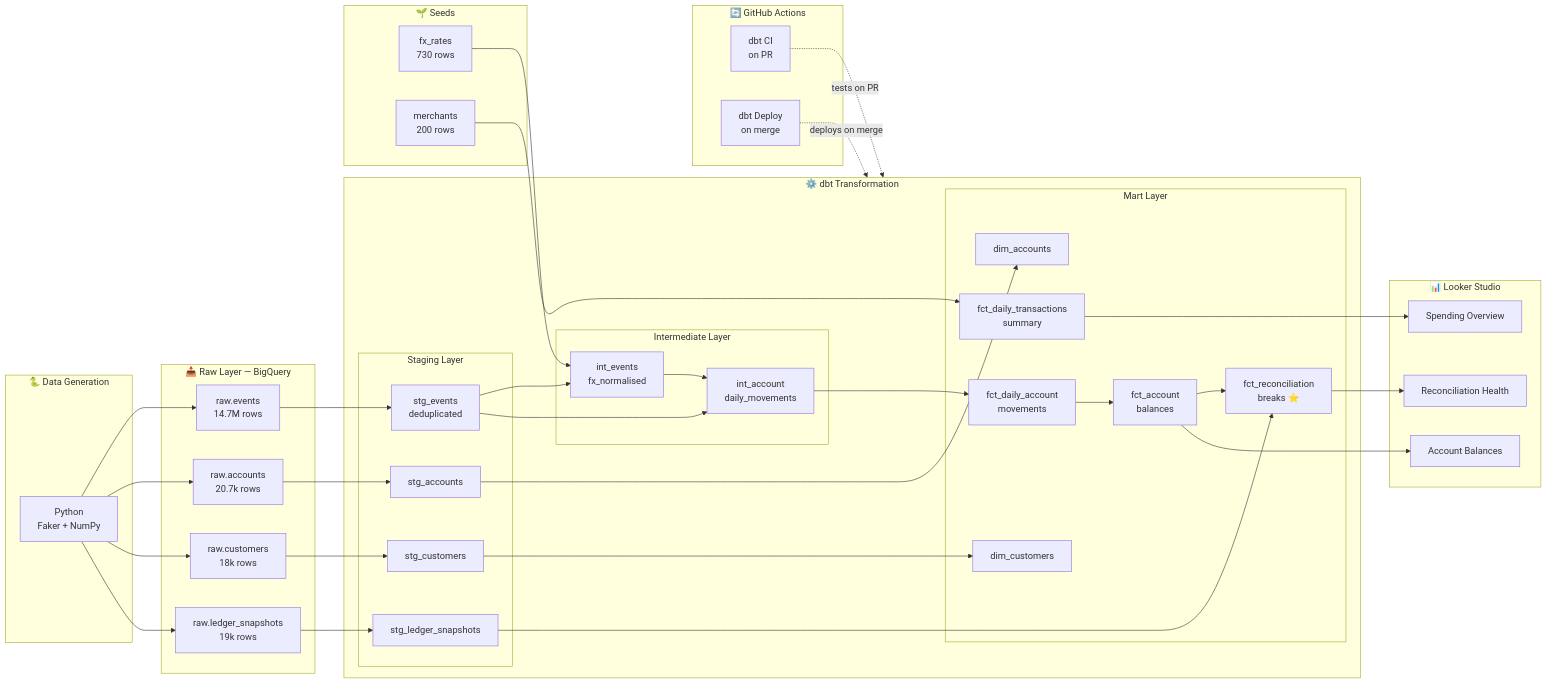
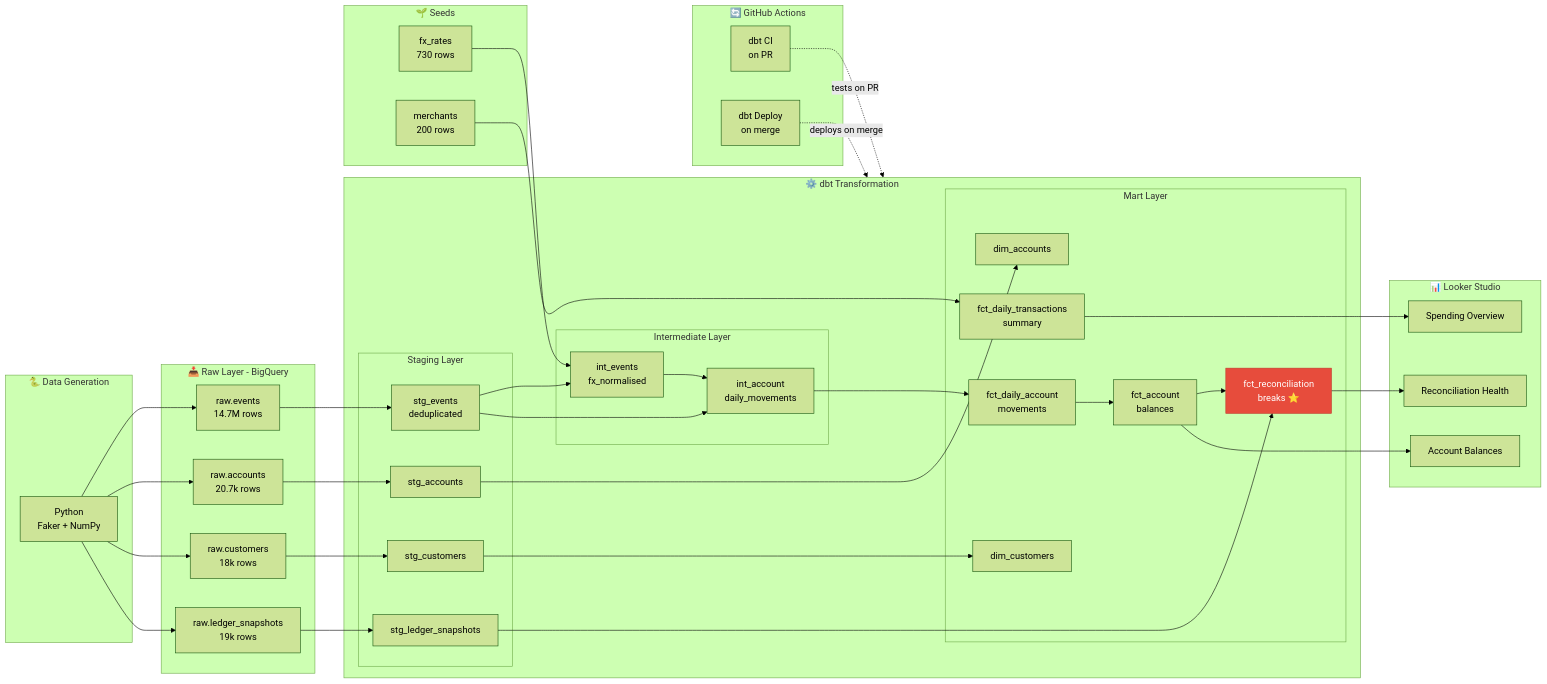
The diagram in README.md (sachin14596/fenzo-bank), drawn with Mermaid before and after one commit.

Commit message:
docs: add forest theme and highlight reconciliation mart

````diff
--- a/README.md
+++ b/README.md
@@ -17,74 +17,77 @@
 ```mermaid
+%%{init: {'theme': 'forest'}}%%
 flowchart LR
     subgraph Generation["🐍 Data Generation"]
         PY[Python\nFaker + NumPy]
     end
 
-    subgraph Raw["📥 Raw Layer — BigQuery"]
+    subgraph Raw["📥 Raw Layer - BigQuery"]
         R1[raw.events\n14.7M rows]
         R2[raw.accounts\n20.7k rows]
         R3[raw.customers\n18k rows]
         R4[raw.ledger_snapshots\n19k rows]
     end
 
     subgraph dbt["⚙️ dbt Transformation"]
         subgraph Staging["Staging Layer"]
             S1[stg_events\ndeduplicated]
             S2[stg_accounts]
             S3[stg_customers]
             S4[stg_ledger_snapshots]
         end
 
         subgraph Intermediate["Intermediate Layer"]
             I1[int_events\nfx_normalised]
             I2[int_account\ndaily_movements]
         end
 
         subgraph Marts["Mart Layer"]
             M1[dim_accounts]
             M2[dim_customers]
             M3[fct_daily_account\nmovements]
             M4[fct_account\nbalances]
             M5[fct_reconciliation\nbreaks ⭐]
             M6[fct_daily_transactions\nsummary]
         end
     end
 
     subgraph Seeds["🌱 Seeds"]
         SE1[fx_rates\n730 rows]
         SE2[merchants\n200 rows]
     end
 
     subgraph BI["📊 Looker Studio"]
         L1[Spending Overview]
         L2[Account Balances]
         L3[Reconciliation Health]
     end
 
     subgraph CI["🔄 GitHub Actions"]
         CI1[dbt CI\non PR]
         CI2[dbt Deploy\non merge]
     end
 
     PY --> R1 & R2 & R3 & R4
     R1 --> S1
     R2 --> S2
     R3 --> S3
     R4 --> S4
     SE1 --> I1
     SE2 --> M6
     S1 --> I1
     S1 --> I2
     I1 --> I2
     I2 --> M3
     M3 --> M4
     M4 --> M5
     S4 --> M5
     S2 --> M1
     S3 --> M2
     M6 --> L1
     M4 --> L2
     M5 --> L3
     CI1 -.->|tests on PR| dbt
     CI2 -.->|deploys on merge| dbt
+
+    style M5 fill:#e74c3c,stroke:#c0392b,color:#fff
 ```
````
